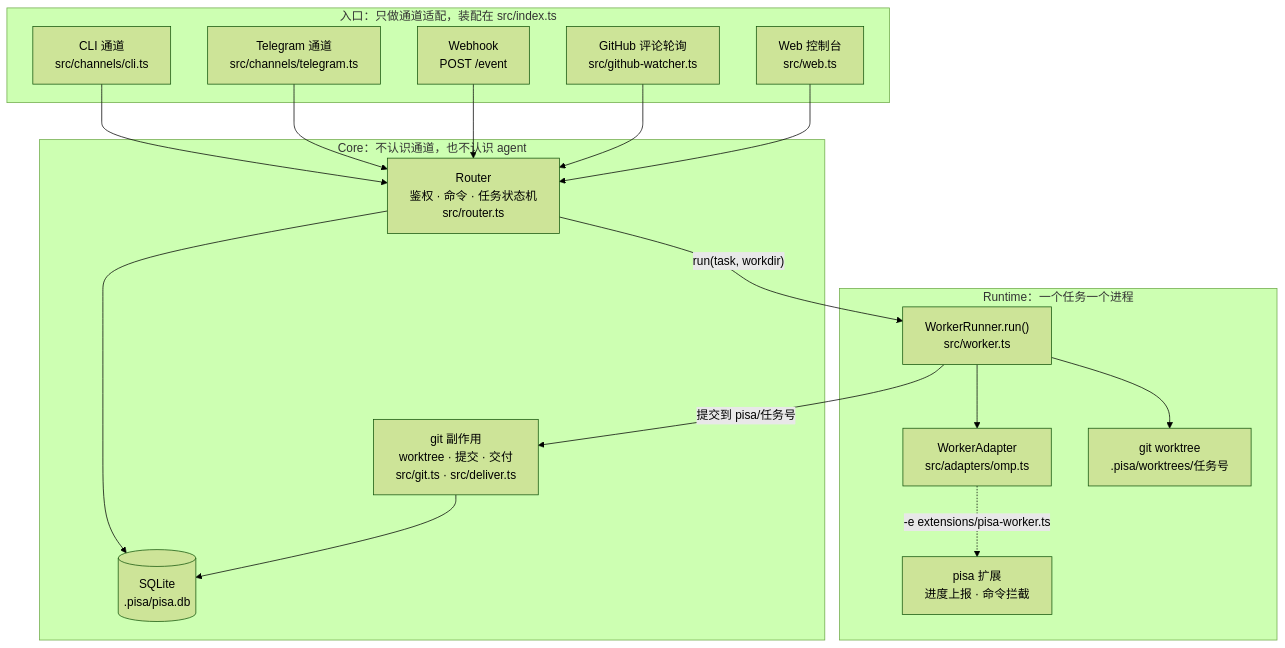
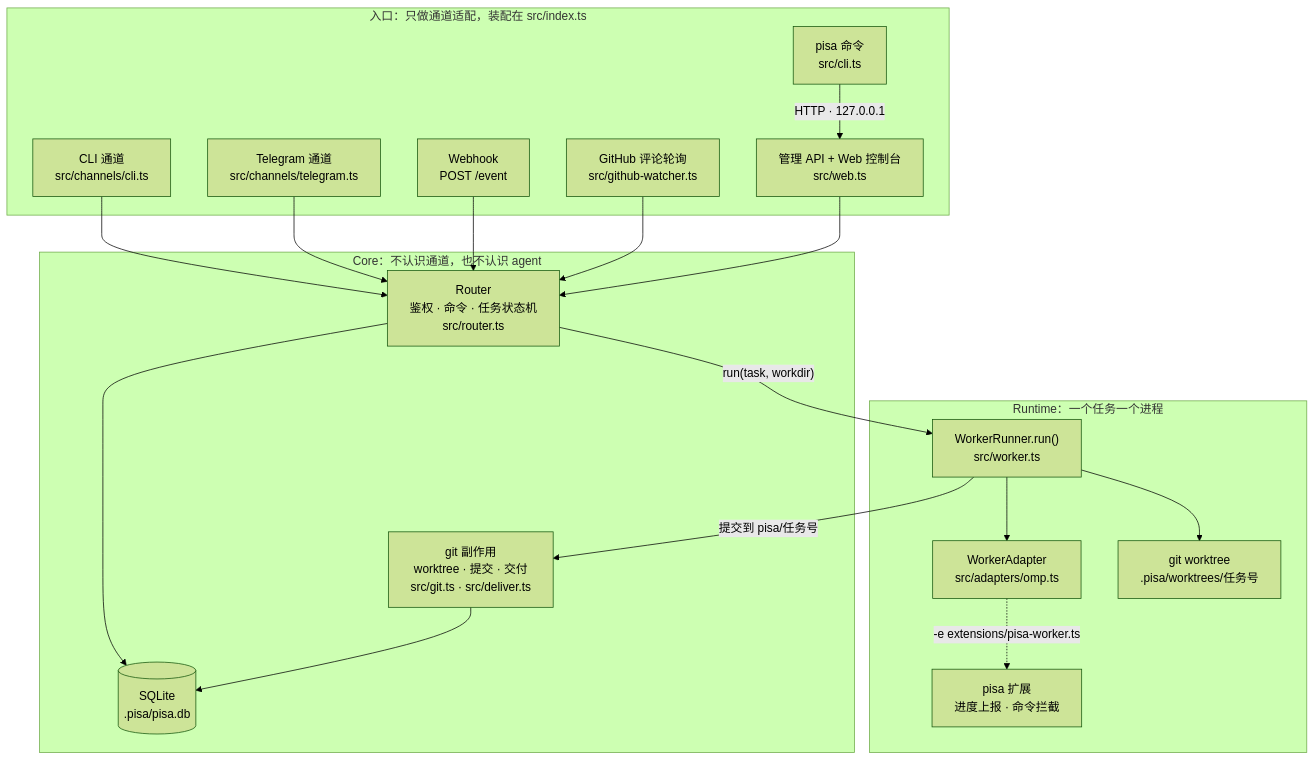
One commit to qqlzfmn/pisa changed the diagram in README.md. Above: the diagram before and after it, drawn with Mermaid (forest theme). The commit also changed 18 other files, not shown here.

First line of the commit message:
pisa: 解决改进项 seed:mgmt-api：管理 API 与 pisa CLI：状态/设置/重试/停止走同一套本地接口，退出

````diff
--- a/README.md
+++ b/README.md
@@ -83,36 +83,38 @@
 ```mermaid
 flowchart TB
     subgraph entry["入口：只做通道适配，装配在 src/index.ts"]
         cli["CLI 通道<br/>src/channels/cli.ts"]
         tg["Telegram 通道<br/>src/channels/telegram.ts"]
         hook["Webhook<br/>POST /event"]
         gh["GitHub 评论轮询<br/>src/github-watcher.ts"]
-        web["Web 控制台<br/>src/web.ts"]
+        web["管理 API + Web 控制台<br/>src/web.ts"]
+        pcli["pisa 命令<br/>src/cli.ts"]
     end
 
     subgraph core["Core：不认识通道，也不认识 agent"]
         router["Router<br/>鉴权 · 命令 · 任务状态机<br/>src/router.ts"]
         store[("SQLite<br/>.pisa/pisa.db")]
         gitops["git 副作用<br/>worktree · 提交 · 交付<br/>src/git.ts · src/deliver.ts"]
     end
 
     subgraph runtime["Runtime：一个任务一个进程"]
         runner["WorkerRunner.run()<br/>src/worker.ts"]
         adapter["WorkerAdapter<br/>src/adapters/omp.ts"]
         ext["pisa 扩展<br/>进度上报 · 命令拦截"]
         wt["git worktree<br/>.pisa/worktrees/任务号"]
     end
 
     cli --> router
     tg --> router
     hook --> router
     gh --> router
     web --> router
+    pcli -->|"HTTP · 127.0.0.1"| web
     router --> store
     router -->|"run(task, workdir)"| runner
     runner --> wt
     runner --> adapter
     adapter -.->|"-e extensions/pisa-worker.ts"| ext
     runner -->|"提交到 pisa/任务号"| gitops
     gitops --> store
 ```
````
